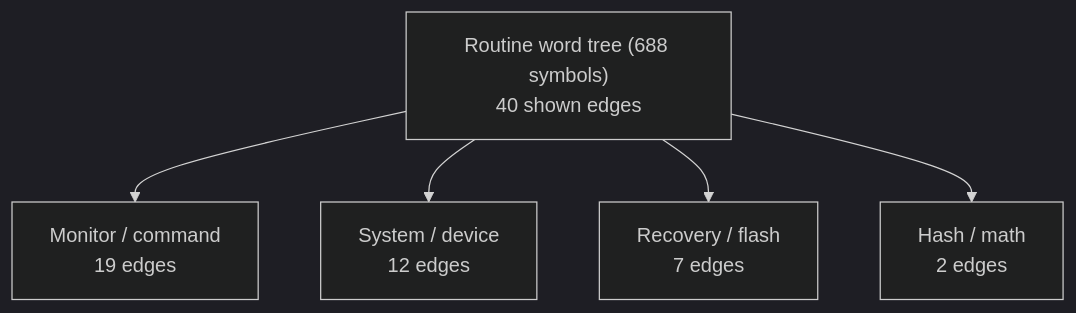
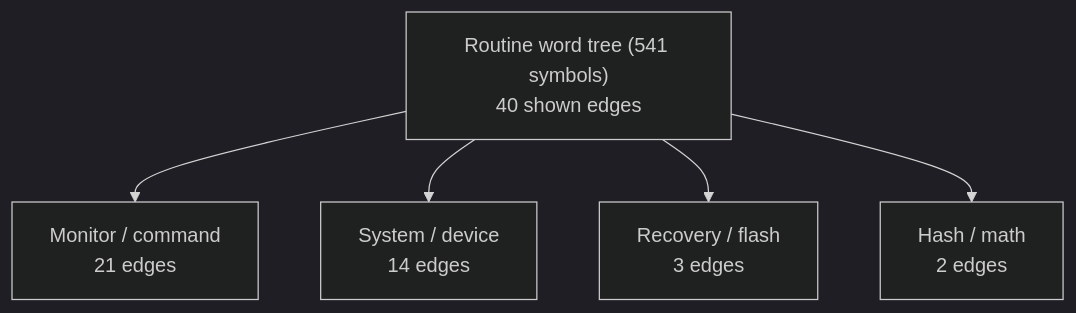
One commit to 95westus/R-YORS changed the first of 7 diagrams in DOC/GENERATED/ROUTINE_WORD_TREE.md. Above: the diagram before and after it, drawn with Mermaid (dark theme). The commit also changed other lines of this file and 65 other files, not shown here.

````diff
--- a/DOC/GENERATED/ROUTINE_WORD_TREE.md
+++ b/DOC/GENERATED/ROUTINE_WORD_TREE.md
@@ -16,7 +16,7 @@
 ```mermaid
 flowchart TD
-    MAP_ROOT_ROUTINE_WORD_TREE__688_SYMBOLS_["Routine word tree (688 symbols)<br/>40 shown edges"] --> MAP_FAMILY_MONITOR___COMMAND["Monitor / command<br/>19 edges"]
-    MAP_ROOT_ROUTINE_WORD_TREE__688_SYMBOLS_["Routine word tree (688 symbols)<br/>40 shown edges"] --> MAP_FAMILY_SYSTEM___DEVICE["System / device<br/>12 edges"]
-    MAP_ROOT_ROUTINE_WORD_TREE__688_SYMBOLS_["Routine word tree (688 symbols)<br/>40 shown edges"] --> MAP_FAMILY_RECOVERY___FLASH["Recovery / flash<br/>7 edges"]
-    MAP_ROOT_ROUTINE_WORD_TREE__688_SYMBOLS_["Routine word tree (688 symbols)<br/>40 shown edges"] --> MAP_FAMILY_HASH___MATH["Hash / math<br/>2 edges"]
+    MAP_ROOT_ROUTINE_WORD_TREE__541_SYMBOLS_["Routine word tree (541 symbols)<br/>40 shown edges"] --> MAP_FAMILY_MONITOR___COMMAND["Monitor / command<br/>21 edges"]
+    MAP_ROOT_ROUTINE_WORD_TREE__541_SYMBOLS_["Routine word tree (541 symbols)<br/>40 shown edges"] --> MAP_FAMILY_SYSTEM___DEVICE["System / device<br/>14 edges"]
+    MAP_ROOT_ROUTINE_WORD_TREE__541_SYMBOLS_["Routine word tree (541 symbols)<br/>40 shown edges"] --> MAP_FAMILY_RECOVERY___FLASH["Recovery / flash<br/>3 edges"]
+    MAP_ROOT_ROUTINE_WORD_TREE__541_SYMBOLS_["Routine word tree (541 symbols)<br/>40 shown edges"] --> MAP_FAMILY_HASH___MATH["Hash / math<br/>2 edges"]
 ```
````
